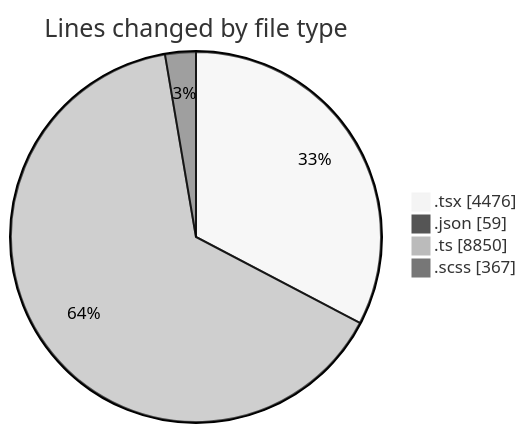
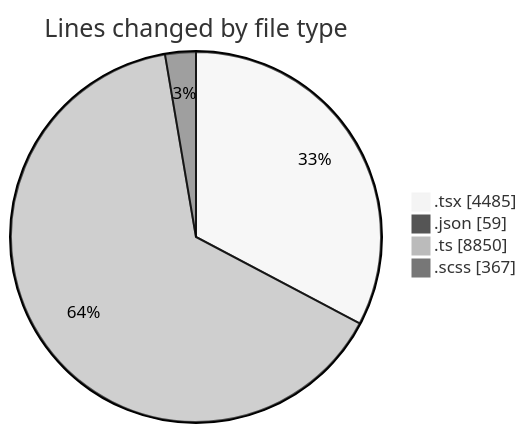
The first of 2 diagrams in 2025-11-24/cda/README.md (momahboobian/code-tracking), drawn with Mermaid (neutral theme) before and after one commit. The commit also changed other lines of this file and 1 other file, not shown here.

````diff
--- a/2025-11-24/cda/README.md
+++ b/2025-11-24/cda/README.md
@@ -36,8 +36,8 @@
 ```mermaid
 pie showData
 title Lines changed by file type
-".tsx" : 4476
+".tsx" : 4485
 ".json" : 59
 ".ts" : 8850
 ".scss" : 367
 ```
````
